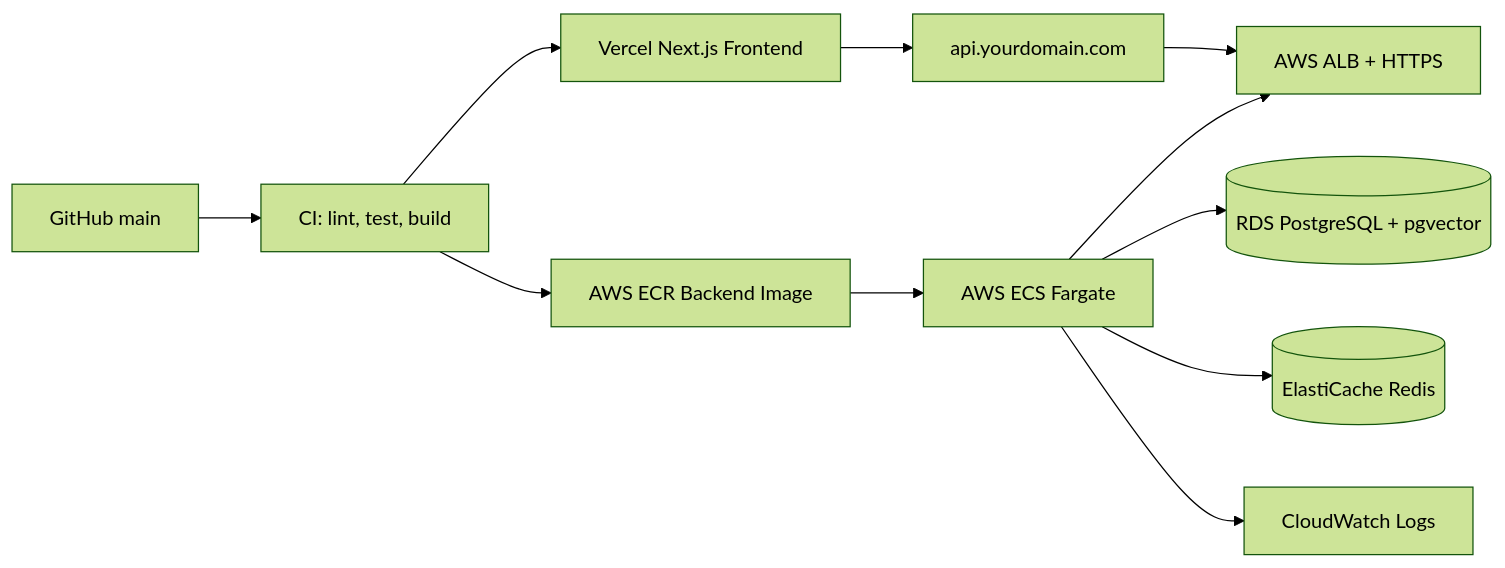
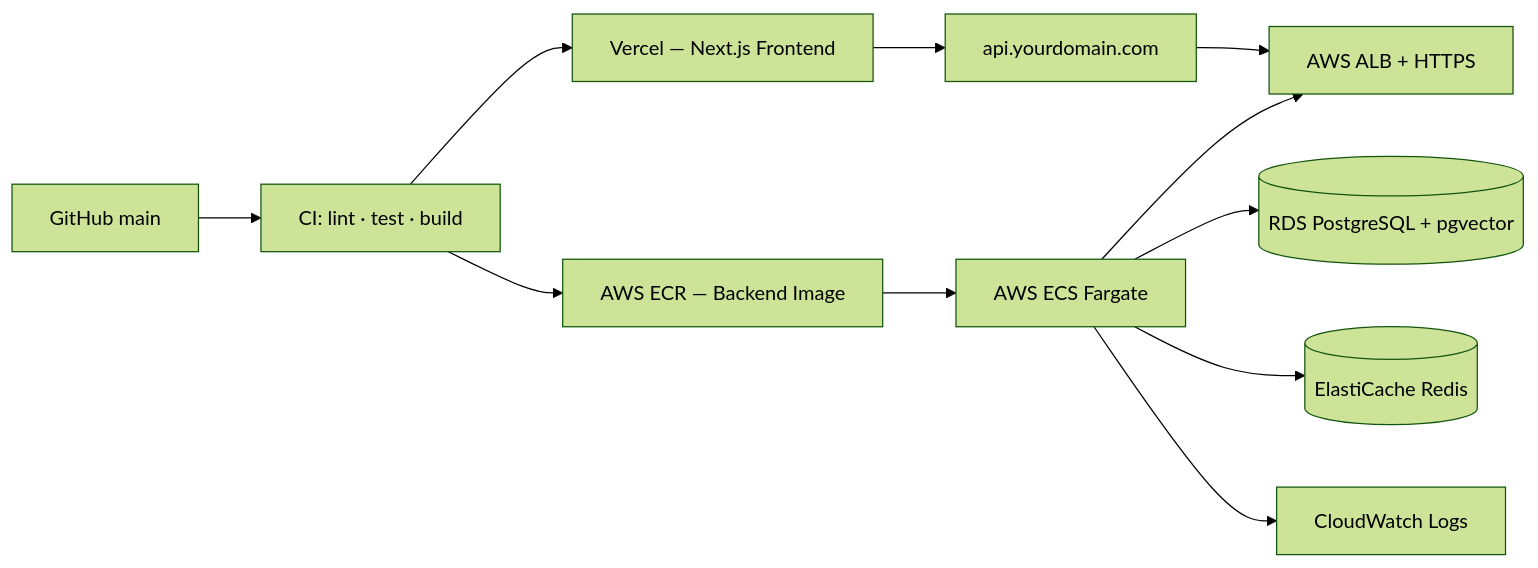
Before and after one commit to varunsahukar/Lumina: the second of 2 diagrams in README.md, drawn with Mermaid (forest theme). The commit also changed other lines of this file, not shown here.

````diff
--- a/README.md
+++ b/README.md
@@ -268,13 +305,13 @@
 ```mermaid
 flowchart LR
-  GitHub[GitHub main] --> Actions[CI: lint, test, build]
-  Actions --> Vercel[Vercel Next.js Frontend]
-  Actions --> ECR[AWS ECR Backend Image]
+  GitHub[GitHub main] --> Actions[CI: lint · test · build]
+  Actions --> Vercel[Vercel — Next.js Frontend]
+  Actions --> ECR[AWS ECR — Backend Image]
   ECR --> ECS[AWS ECS Fargate]
   ECS --> ALB[AWS ALB + HTTPS]
   ECS --> RDS[(RDS PostgreSQL + pgvector)]
   ECS --> Cache[(ElastiCache Redis)]
   Vercel --> API[api.yourdomain.com]
   API --> ALB
   ECS --> CloudWatch[CloudWatch Logs]
 ```
````
